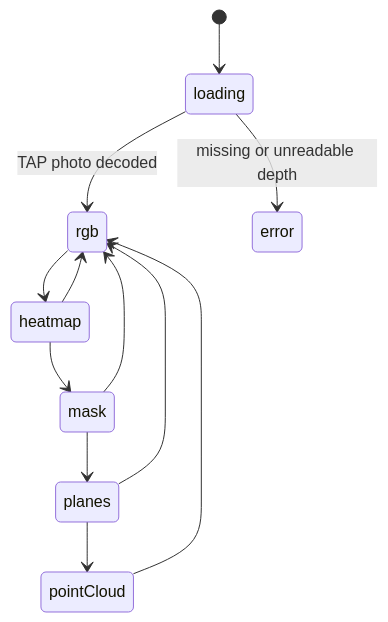
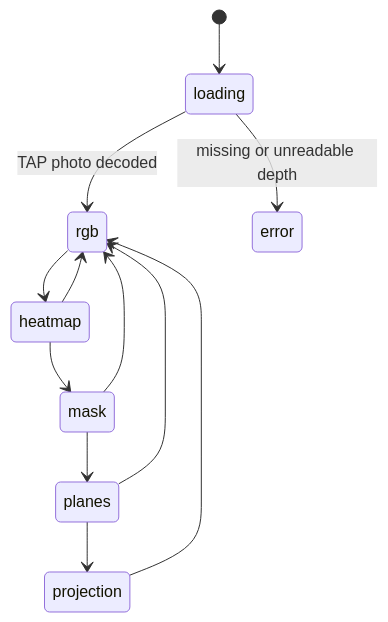
The second of 3 diagrams in TAPCamDemo/DepthAnalysis/README.md (TAP-NAP/TAPCamDemo), drawn with Mermaid before and after one commit. The commit also changed other lines of this file and 21 other files, not shown here.

Commit message:
Refactor capture flow and validation logic

````diff
--- a/TAPCamDemo/DepthAnalysis/README.md
+++ b/TAPCamDemo/DepthAnalysis/README.md
@@ -370,14 +392,14 @@
 ```mermaid
 stateDiagram-v2
     [*] --> loading
     loading --> rgb: TAP photo decoded
     loading --> error: missing or unreadable depth
     rgb --> heatmap
     heatmap --> mask
     mask --> planes
-    planes --> pointCloud
-    pointCloud --> rgb
+    planes --> projection
+    projection --> rgb
     heatmap --> rgb
     mask --> rgb
     planes --> rgb
 ```
````
